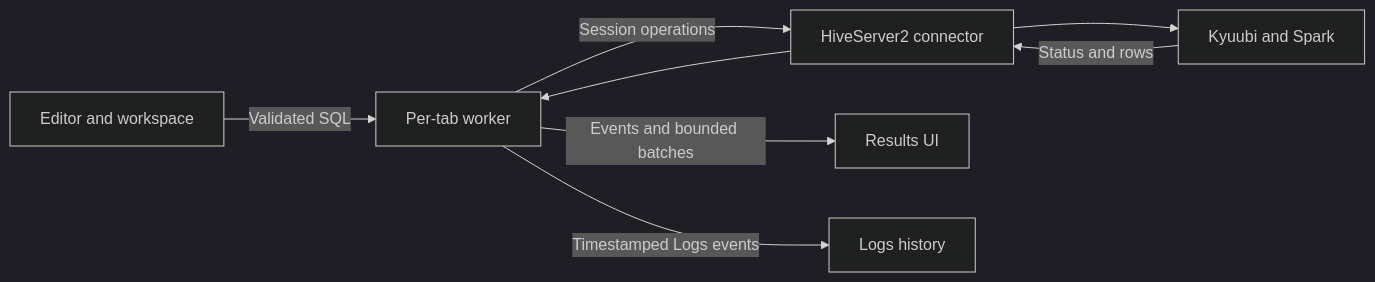
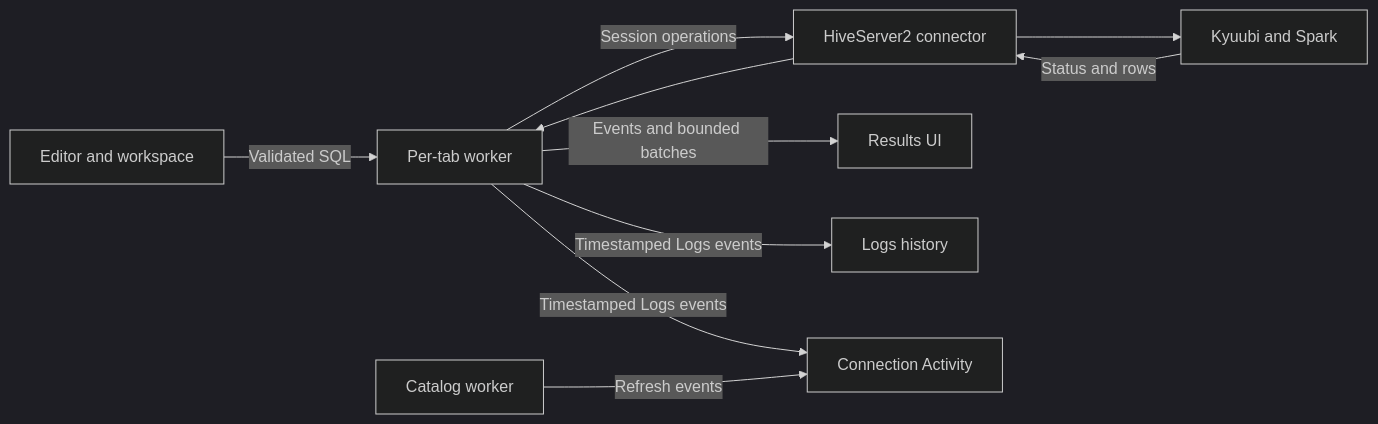
One commit to vsevolodbazhan/qrow changed the diagram in docs/architecture.md. Above: the diagram before and after it, drawn with Mermaid (dark theme). The commit also changed other lines of this file and 27 other files, not shown here.

First line of the commit message:
feat(activity): add a per-connection Activity log

````diff
--- a/docs/architecture.md
+++ b/docs/architecture.md
@@ -33,10 +34,12 @@
 ```mermaid
 flowchart LR
     Editor[Editor and workspace] -->|Validated SQL| Worker[Per-tab worker]
     Worker -->|Session operations| Connector[HiveServer2 connector]
     Connector --> Kyuubi[Kyuubi and Spark]
     Kyuubi -->|Status and rows| Connector
     Connector --> Worker
     Worker -->|Events and bounded batches| Results[Results UI]
     Worker -->|Timestamped Logs events| Logs[Logs history]
+    Worker -->|Timestamped Logs events| Activity[Connection Activity]
+    Catalog[Catalog worker] -->|Refresh events| Activity
 ```
````
